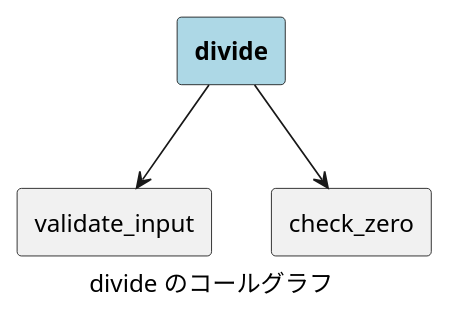
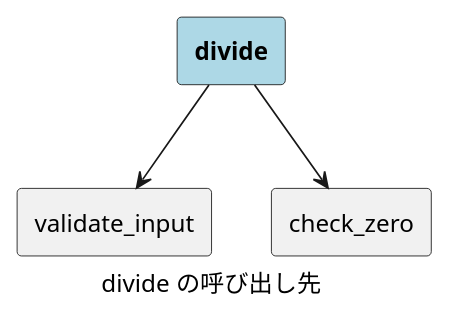
The second of 5 diagrams in docs-src/extract-graphs.md (Hondarer/doxygen-framework), drawn with PlantUML before and after one commit. The commit also changed other lines of this file and 4 other files, not shown here.

````diff
--- a/docs-src/extract-graphs.md
+++ b/docs-src/extract-graphs.md
@@ -134,10 +134,10 @@
 ```plantuml
-@startuml divide のコールグラフ
-    caption divide のコールグラフ
+@startuml divide の呼び出し先
+    caption divide の呼び出し先
     rectangle "**divide**" as current #LightBlue
     rectangle "validate_input" as r0
     rectangle "check_zero" as r1
     current --> r0
     current --> r1
 @enduml
 ```
````
